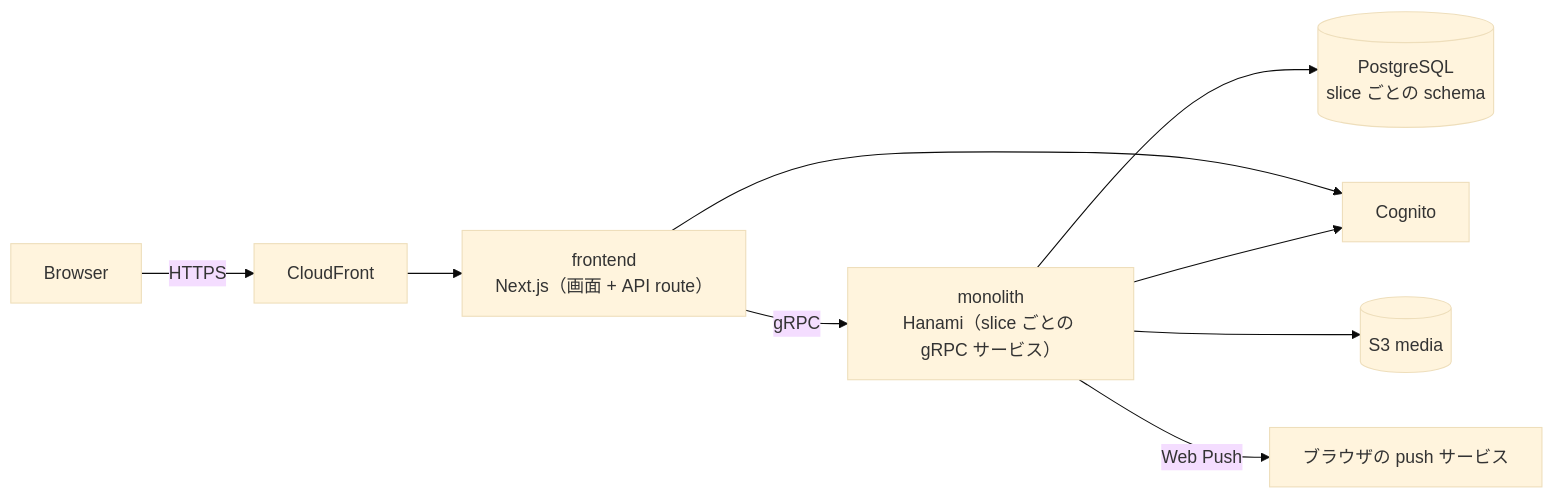
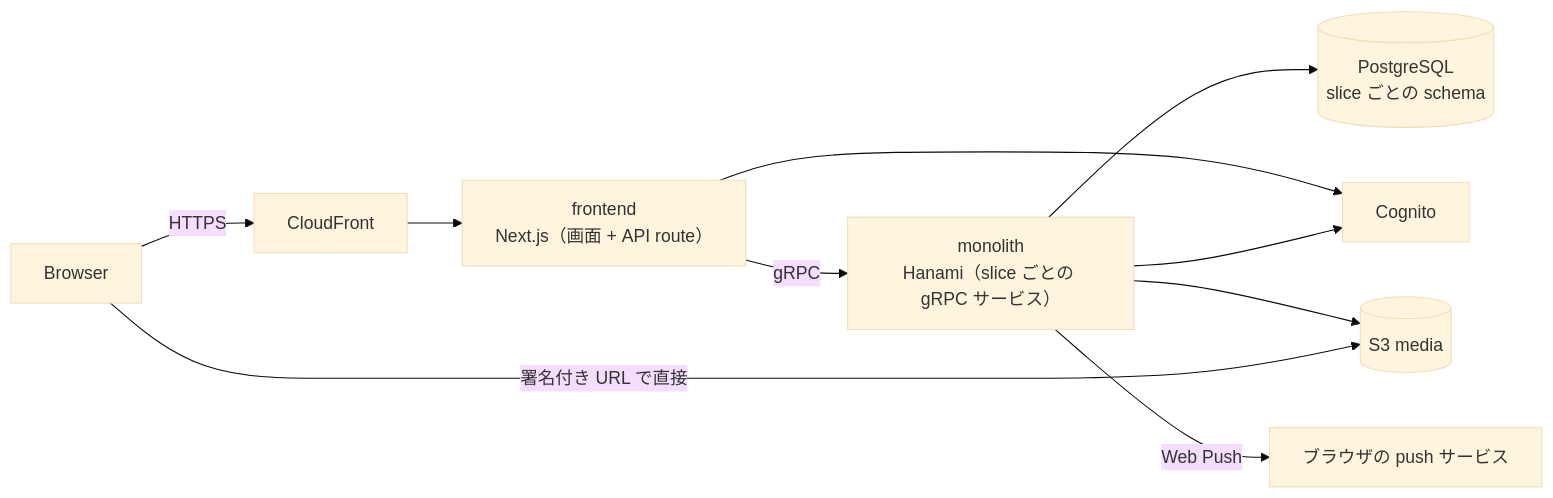
One commit to panicboat/monorepo changed the diagram in dystopia/docs/README.md. Above: the diagram before and after it, drawn with Mermaid (base theme). The commit also changed other lines of this file and 21 other files, not shown here.

````diff
--- a/dystopia/docs/README.md
+++ b/dystopia/docs/README.md
@@ -17,11 +19,12 @@
 ```mermaid
 flowchart LR
   Browser -->|HTTPS| CloudFront
   CloudFront --> Frontend["frontend<br>Next.js（画面 + API route）"]
   Frontend -->|gRPC| Monolith["monolith<br>Hanami（slice ごとの gRPC サービス）"]
   Monolith --> DB[(PostgreSQL<br>slice ごとの schema)]
   Frontend --> Cognito[Cognito]
   Monolith --> Cognito
   Monolith --> S3[(S3 media)]
+  Browser -->|署名付き URL で直接| S3
   Monolith -->|Web Push| PushService[ブラウザの push サービス]
 ```
````
